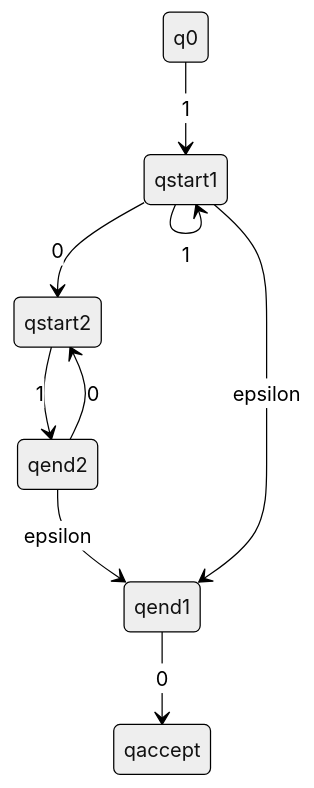
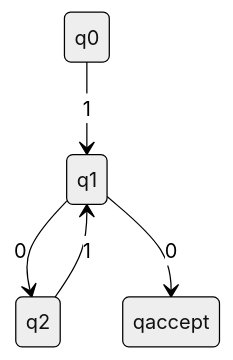
The first of 2 diagrams in 1) CWRU/In Progress/CSDS343 - Theoretical Computer Science/HW/HW5CSDS343.qmd (AidanBugs/Obsidian), drawn with Mermaid (neutral theme) before and after one commit. The commit also changed other lines of this file and 3 other files, not shown here.

````diff
--- a/1) CWRU/In Progress/CSDS343 - Theoretical Computer Science/HW/HW5CSDS343.qmd
+++ b/1) CWRU/In Progress/CSDS343 - Theoretical Computer Science/HW/HW5CSDS343.qmd
@@ -13,15 +14,7 @@
 ```{mermaid}
 stateDiagram
-    q0-->qstart1:1
-    qstart1-->qstart2:0
-        
-        qstart2-->qend2:1
-        qend2-->qstart2:0
-        qend2-->qend1:epsilon
-
-        qstart1-->qstart1:1
-
-    qstart1-->qend1:epsilon
-
-    qend1-->qaccept:0
+    q0-->q1:1
+    q1-->q2:0
+    q2-->q1:1
+    q1-->qaccept:0
 ```
````
